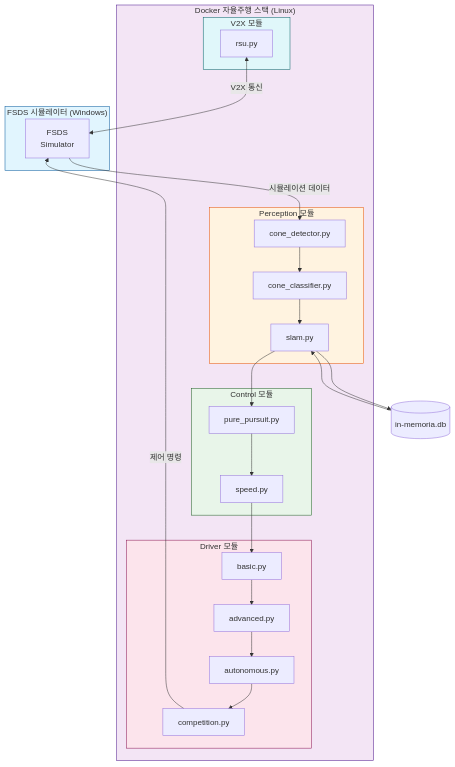
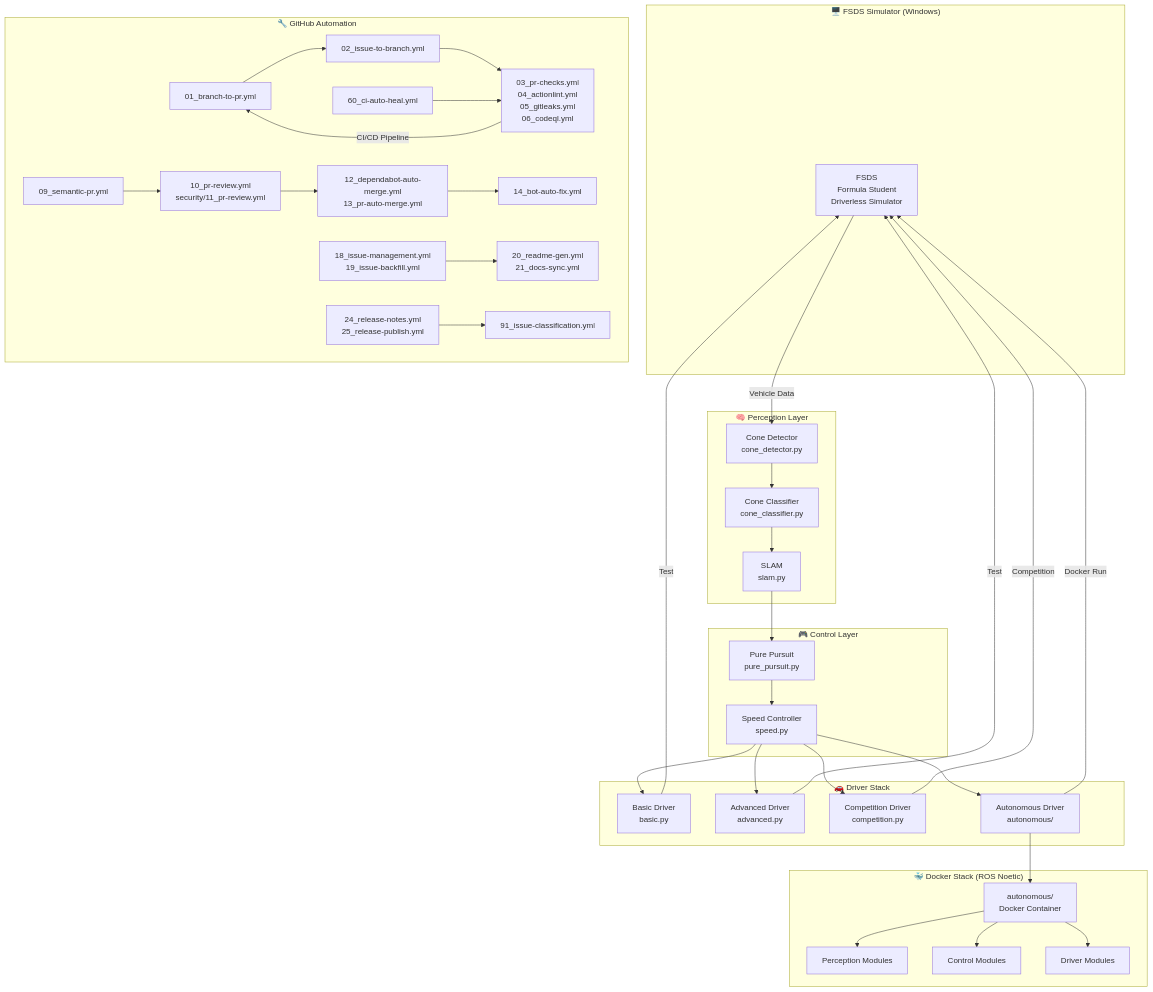
The diagram in README.md (jclee941/hycu_fsds), drawn with Mermaid before and after one commit. The commit also changed other lines of this file, not shown here.

Commit message:
docs: auto-update README.md (#196)

````diff
--- a/README.md
+++ b/README.md
@@ -73,53 +82,76 @@
 ```mermaid
 flowchart TB
-    subgraph Simulator["FSDS 시뮬레이터 (Windows)"]
-        A[FSDS<br/>Simulator]
+    subgraph Simulator["🖥️ FSDS Simulator (Windows)"]
+        A[FSDS<br/>Formula Student<br/>Driverless Simulator]
     end
 
-    subgraph DockerStack["Docker 자율주행 스택 (Linux)"]
-        subgraph Perception["Perception 모듈"]
-            B[cone_detector.py]
-            C[cone_classifier.py]
-            D[slam.py]
-        end
-
-        subgraph Control["Control 모듈"]
-            E[pure_pursuit.py]
-            F[speed.py]
-        end
-
-        subgraph Drivers["Driver 모듈"]
-            G[basic.py]
-            H[advanced.py]
-            I[autonomous.py]
-            J[competition.py]
-        end
-
-        subgraph V2X["V2X 모듈"]
-            K[rsu.py]
-        end
+    subgraph Perception["🧠 Perception Layer"]
+        B[Cone Detector<br/>cone_detector.py]
+        C[Cone Classifier<br/>cone_classifier.py]
+        D[SLAM<br/>slam.py]
     end
 
-    L[(in-memoria.db)]
+    subgraph Control["🎮 Control Layer"]
+        E[Pure Pursuit<br/>pure_pursuit.py]
+        F[Speed Controller<br/>speed.py]
+    end
 
-    A -->|시뮬레이션 데이터| B
+    subgraph Drivers["🚗 Driver Stack"]
+        G[Basic Driver<br/>basic.py]
+        H[Advanced Driver<br/>advanced.py]
+        I[Competition Driver<br/>competition.py]
+        J[Autonomous Driver<br/>autonomous/]
+    end
+
+    subgraph DockerStack["🐳 Docker Stack (ROS Noetic)"]
+        K[autonomous/<br/>Docker Container]
+        L[Perception Modules]
+        M[Control Modules]
+        N[Driver Modules]
+    end
+
+    subgraph GitHubAutomation["🔧 GitHub Automation"]
+        O[01_branch-to-pr.yml]
+        P[02_issue-to-branch.yml]
+        Q[03_pr-checks.yml<br/>04_actionlint.yml<br/>05_gitleaks.yml<br/>06_codeql.yml]
+        R[09_semantic-pr.yml]
+        S[10_pr-review.yml<br/>security/11_pr-review.yml]
+        T[12_dependabot-auto-merge.yml<br/>13_pr-auto-merge.yml]
+        U[14_bot-auto-fix.yml]
+        V[18_issue-management.yml<br/>19_issue-backfill.yml]
+        W[20_readme-gen.yml<br/>21_docs-sync.yml]
+        X[24_release-notes.yml<br/>25_release-publish.yml]
+        Y[91_issue-classification.yml]
+        Z[60_ci-auto-heal.yml]
+    end
+
+    A -->|Vehicle Data| B
     B --> C
     C --> D
     D --> E
     E --> F
     F --> G
-    G --> H
-    H --> I
-    I --> J
-    J -->|제어 명령| A
-    K <-->|V2X 통신| A
-    D --> L
-    L --> D
+    F --> H
+    F --> I
+    F --> J
 
-    style Simulator fill:#e1f5fe,stroke:#01579b
-    style DockerStack fill:#f3e5f5,stroke:#4a148c
-    style Perception fill:#fff3e0,stroke:#e65100
-    style Control fill:#e8f5e9,stroke:#1b5e20
-    style Drivers fill:#fce4ec,stroke:#880e4f
-    style V2X fill:#e0f7fa,stroke:#006064
+    J --> K
+    K --> L
+    K --> M
+    K --> N
+
+    G -->|Test| A
+    H -->|Test| A
+    I -->|Competition| A
+    J -->|Docker Run| A
+
+    Q -->|"CI/CD Pipeline"| O
+    O --> P
+    P --> Q
+    R --> S
+    S --> T
+    T --> U
+    V --> W
+    X --> Y
+    Z --> Q
 ```
````
